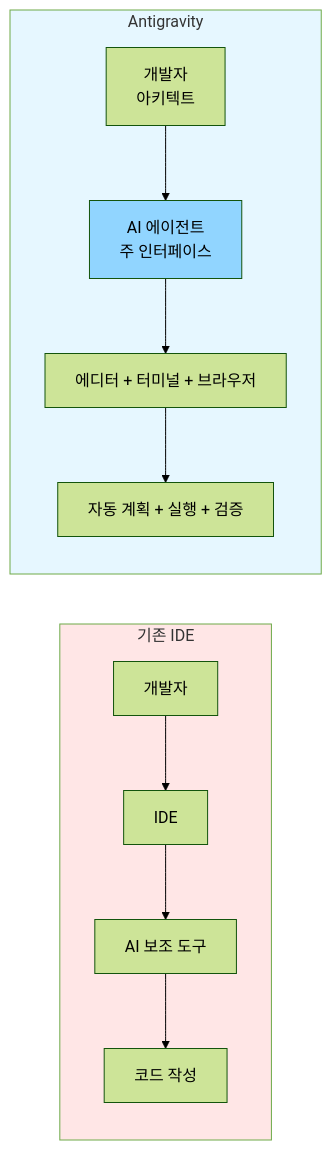
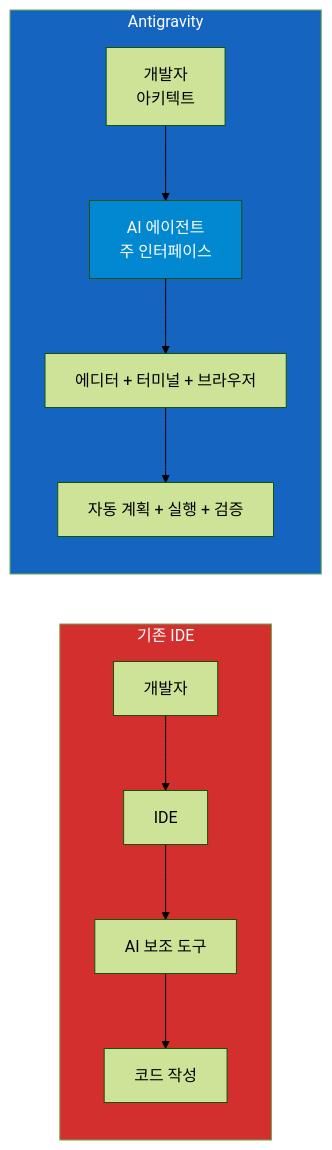
Before and after one commit to sskim91/TIL: the first of 4 diagrams in ai/Google-Antigravity-에이전트-우선-개발-환경.md, drawn with Mermaid (forest theme). The commit also changed other lines of this file and 1 other file, not shown here.

````diff
--- a/ai/Google-Antigravity-에이전트-우선-개발-환경.md
+++ b/ai/Google-Antigravity-에이전트-우선-개발-환경.md
@@ -9,18 +9,18 @@
 ```mermaid
 flowchart LR
     subgraph 기존["기존 IDE"]
         Dev1[개발자] --> IDE[IDE]
         IDE --> AI1[AI 보조 도구]
         AI1 --> Code1[코드 작성]
     end
 
     subgraph Anti["Antigravity"]
         Dev2[개발자<br/>아키텍트] --> Agent[AI 에이전트<br/>주 인터페이스]
         Agent --> Tools[에디터 + 터미널 + 브라우저]
         Tools --> Auto[자동 계획 + 실행 + 검증]
     end
 
-    style 기존 fill:#ffe6e6
-    style Anti fill:#e6f7ff
-    style Agent fill:#91d5ff
+    style 기존 fill:#D32F2F,color:#fff
+    style Anti fill:#1565C0,color:#fff
+    style Agent fill:#0288D1,color:#fff
 ```
````
